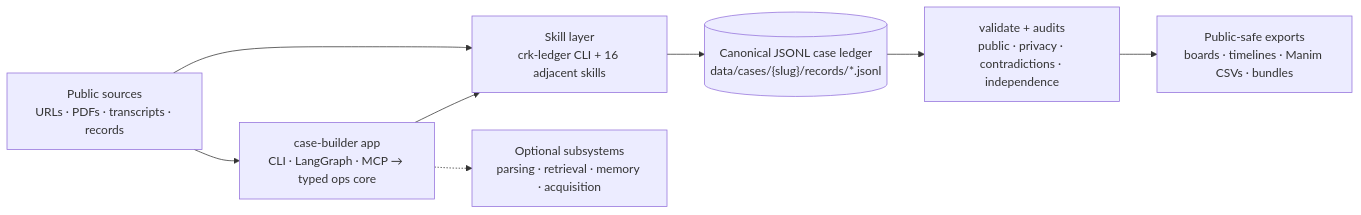
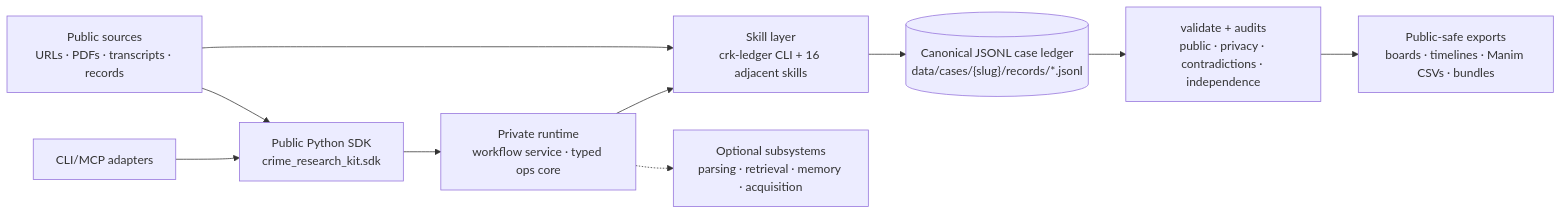
The second of 2 diagrams in README.md (StonedAcademia/crime-research-kit), drawn with Mermaid before and after one commit. The commit also changed other lines of this file and 5 other files, not shown here.

````diff
--- a/README.md
+++ b/README.md
@@ -133,10 +133,12 @@
 ```mermaid
 flowchart LR
   SRC["Public sources<br/>URLs · PDFs · transcripts · records"] --> TCR["Skill layer<br/>crk-ledger CLI + 16 adjacent skills"]
-  SRC --> APP["case-builder app<br/>CLI · LangGraph · MCP → typed ops core"]
+  SRC --> SDK["Public Python SDK<br/>crime_research_kit.sdk"]
+  CLI["CLI/MCP adapters"] --> SDK
+  SDK --> APP["Private runtime<br/>workflow service · typed ops core"]
   APP -.-> OPT["Optional subsystems<br/>parsing · retrieval · memory · acquisition"]
   APP --> TCR
   TCR --> LED[("Canonical JSONL case ledger<br/>data/cases/{slug}/records/*.jsonl")]
   LED --> AUD["validate + audits<br/>public · privacy · contradictions · independence"]
   AUD --> EXP["Public-safe exports<br/>boards · timelines · Manim CSVs · bundles"]
 ```
````
